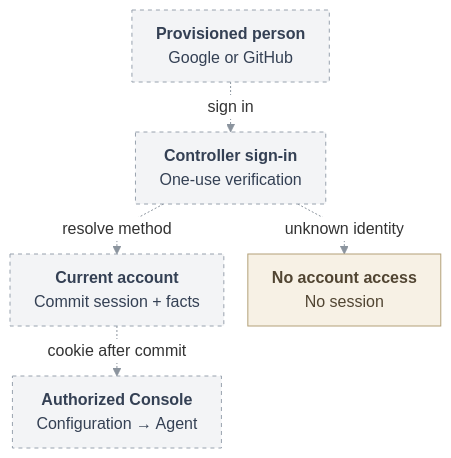
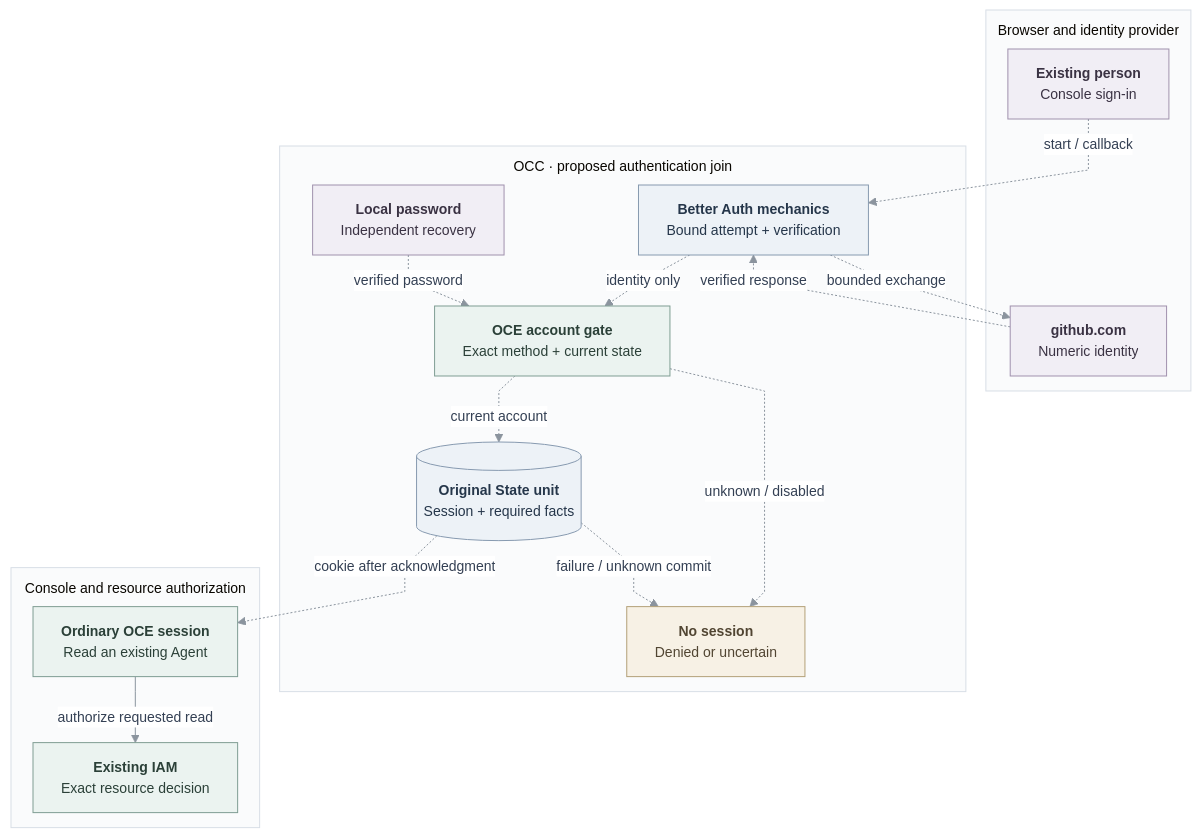
One commit to IsaiahStapleton/openclaw-enterprise changed the diagram in specs/31-human-federated-sign-in.md. Above: the diagram before and after it, drawn with Mermaid. The commit also changed other lines of this file and 8 other files, not shown here.

Commit message:
docs: focus human sign-in on existing-account GitHub login

````diff
--- a/specs/31-human-federated-sign-in.md
+++ b/specs/31-human-federated-sign-in.md
@@ -42,31 +48,58 @@
 ```mermaid
 ---
 config:
   theme: base
   htmlLabels: true
   themeVariables:
-    fontSize: 16px
+    fontSize: 14px
+    primaryTextColor: "#344054"
     lineColor: "#8B949E"
     edgeLabelBackground: "#FFFFFF"
+    clusterBkg: "#FAFBFC"
+    clusterBorder: "#D8DEE6"
   flowchart:
     curve: linear
     nodeSpacing: 24
-    rankSpacing: 26
-    padding: 12
+    rankSpacing: 30
+    padding: 14
+    diagramPadding: 12
+    subGraphTitleMargin:
+      top: 10
+      bottom: 14
 ---
 flowchart TB
-  Person["<b>Provisioned person</b><br/>Google or GitHub"]
-  Verify["<b>Controller sign-in</b><br/>One-use verification"]
-  Session["<b>Current account</b><br/>Commit session + facts"]
-  Console["<b>Authorized Console</b><br/>Configuration → Agent"]
-  Deny["<b>No account access</b><br/>No session"]
-  Person -.->|sign in| Verify
-  Verify -.->|resolve method| Session
-  Verify -.->|unknown identity| Deny
-  Session -.->|cookie after commit| Console
-  classDef pending fill:#F3F4F6,stroke:#98A2AE,color:#344054,stroke-width:1px,stroke-dasharray:4 4
+  subgraph External["Browser and identity provider"]
+    Browser["<b>Existing person</b><br/>Console sign-in"]
+    GitHub["<b>github.com</b><br/>Numeric identity"]
+  end
+  subgraph Controller["OCC · proposed authentication join"]
+    Auth["<b>Better Auth mechanics</b><br/>Bound attempt + verification"]
+    Password["<b>Local password</b><br/>Independent recovery"]
+    Account["<b>OCE account gate</b><br/>Exact method + current state"]
+    State[("<b>Original State unit</b><br/>Session + required facts")]
+    Deny["<b>No session</b><br/>Denied or uncertain"]
+  end
+  subgraph Access["Console and resource authorization"]
+    Console["<b>Ordinary OCE session</b><br/>Read an existing Agent"]
+    IAM["<b>Existing IAM</b><br/>Exact resource decision"]
+  end
+  Browser -.->|start / callback| Auth
+  Auth -.->|bounded exchange| GitHub
+  GitHub -.->|verified response| Auth
+  Auth -.->|identity only| Account
+  Password -.->|verified password| Account
+  Account -.->|current account| State
+  Account -.->|unknown / disabled| Deny
+  State -.->|failure / unknown commit| Deny
+  State -.->|cookie after acknowledgment| Console
+  Console -->|authorize requested read| IAM
+  classDef external fill:#F1EEF5,stroke:#A091AD,color:#3A3243,stroke-width:1px
+  classDef storage fill:#EDF2F7,stroke:#879AB0,color:#25364A,stroke-width:1px
+  classDef operation fill:#EBF3F0,stroke:#7F9D93,color:#2B4038,stroke-width:1px
   classDef gate fill:#F7F1E5,stroke:#B3A078,color:#514532,stroke-width:1px
-  class Person,Verify,Session,Console pending
+  class Browser,GitHub,Password external
+  class Auth,State storage
+  class Account,Console,IAM operation
   class Deny gate
   linkStyle default stroke:#8B949E,stroke-width:1px
 ```
````
